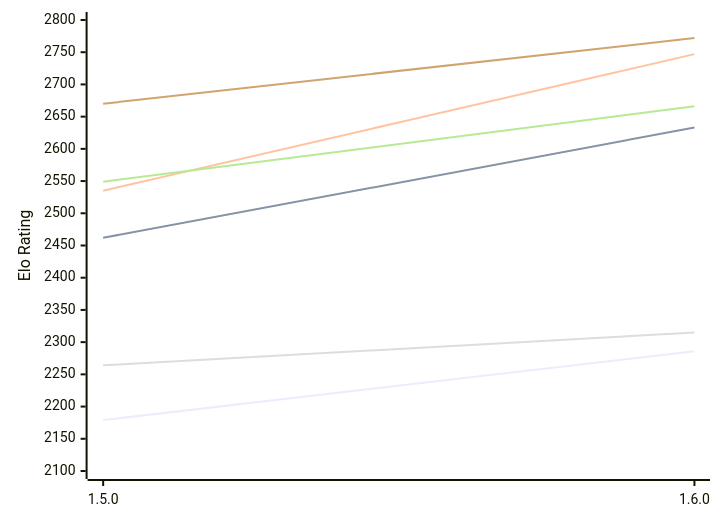
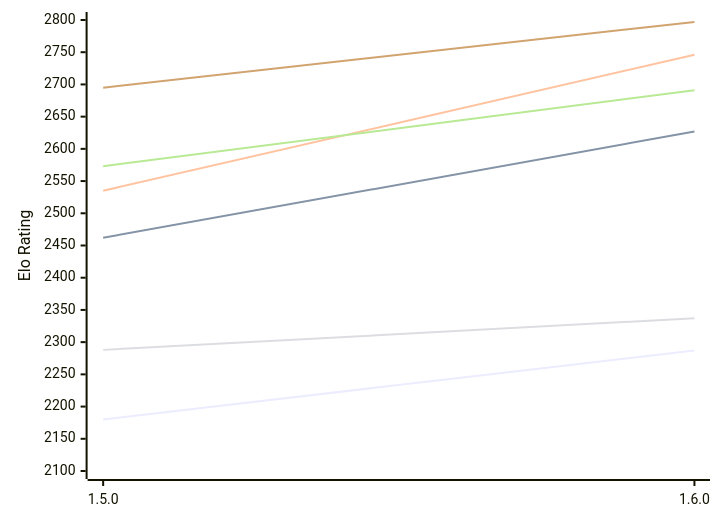
Before and after one commit to computer-chess-index/cci: the first of 2 diagrams in engines/Tofiks.md, drawn with Mermaid. The commit also changed other lines of this file, not shown here.

Commit message:
Update CCI Ratings (ELO VLTC) - 2026-11-04

````diff
--- a/engines/Tofiks.md
+++ b/engines/Tofiks.md
@@ -51,12 +51,12 @@
 ```mermaid
 %%{init: {"theme":"base","themeVariables":{"seriesColors:['#a3a3a3','#222221','#faa371']}}}%%
 xychart-beta
   x-axis ["1.5.0", "1.6.0"]
   y-axis "Elo Rating" 2100 --> 2800
-  line "E1: STC (8.0+0.08s)" [2179, 2286]
-  line "E1: LTC (60.0+0.60s)" [2462, 2633]
-  line "E1: VLTC (2m24s+1.12s)" [2535, 2747]
-  line "P1: STC (8.0+0.08s)" [2264, 2315]
-  line "P1: LTC (60.0+0.60s)" [2549, 2666]
-  line "P1: VLTC (2m24s+1.12s)" [2670, 2772]
+  line "E1: STC (8.0+0.08s)" [2180, 2287]
+  line "E1: LTC (60.0+0.60s)" [2462, 2627]
+  line "E1: VLTC (2m24s+1.12s)" [2535, 2746]
+  line "P1: STC (8.0+0.08s)" [2288, 2337]
+  line "P1: LTC (60.0+0.60s)" [2573, 2691]
+  line "P1: VLTC (2m24s+1.12s)" [2695, 2797]
 ```
````
